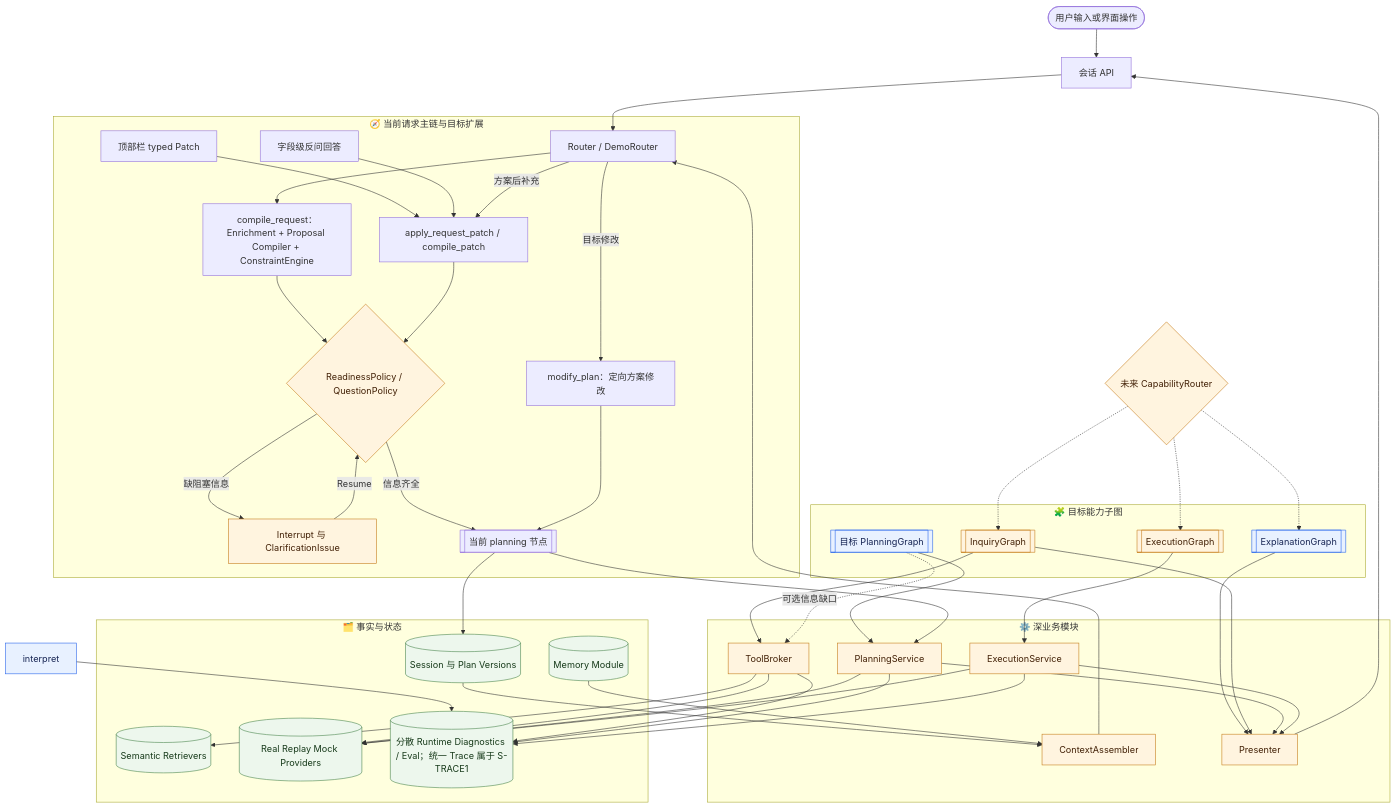
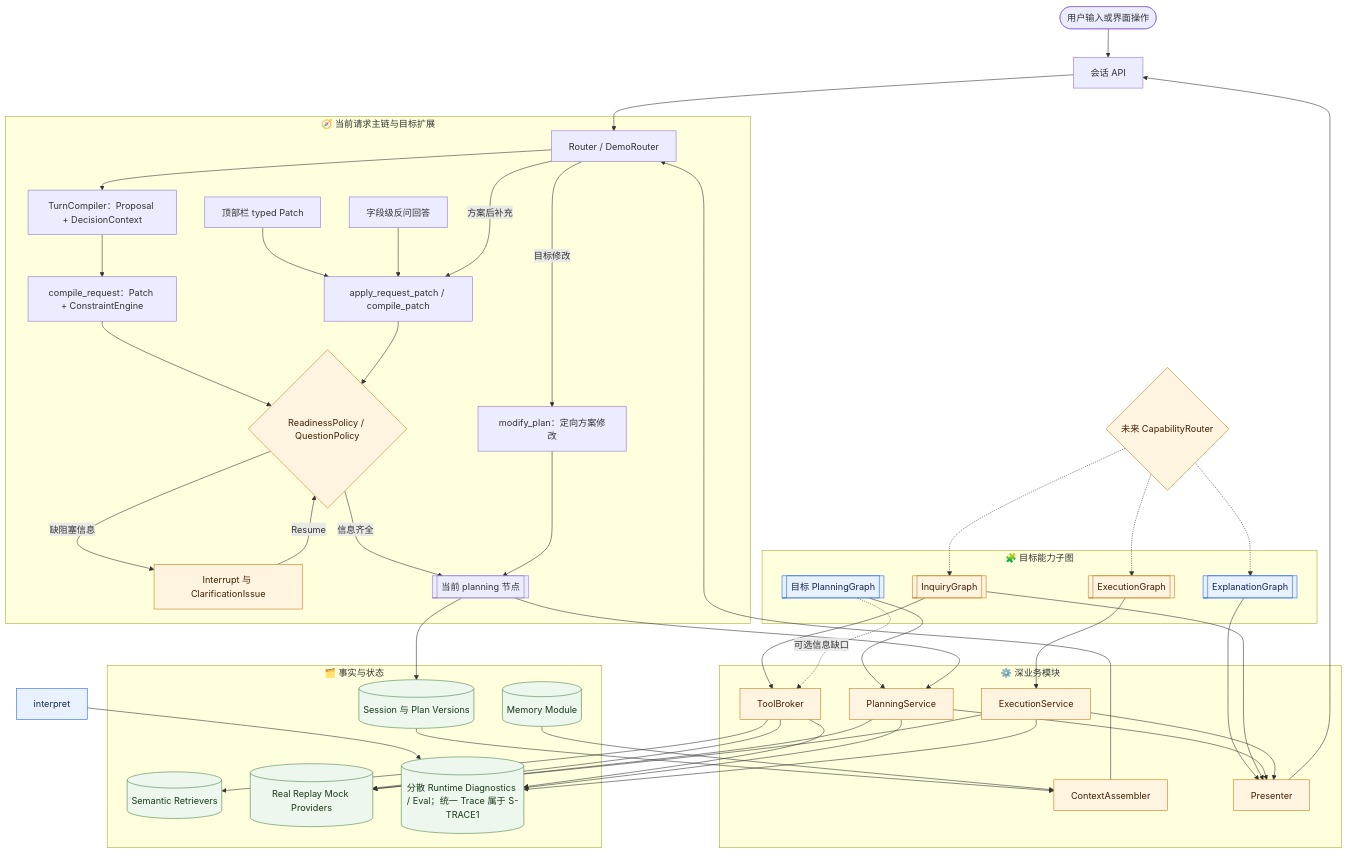
One commit to Weekend-Agent-Studio/happyFreeTime changed the first of 4 diagrams in docs/canonical/architecture_v2.md. Above: the diagram before and after it, drawn with Mermaid. The commit also changed other lines of this file and 17 other files, not shown here.

```diff
--- a/docs/canonical/architecture_v2.md
+++ b/docs/canonical/architecture_v2.md
@@ -129,7 +129,8 @@
 
     subgraph control_graph ["🧭 当前请求主链与目标扩展"]
         router[Router / DemoRouter]
-        compile[compile_request：Enrichment + Proposal Compiler + ConstraintEngine]
+        turn_compile[TurnCompiler：Proposal + DecisionContext]
+        compile[compile_request：Patch + ConstraintEngine]
         gate{ReadinessPolicy / QuestionPolicy}
         question[Interrupt 与 ClarificationIssue]
         current_planning[[当前 planning 节点]]
@@ -137,7 +138,7 @@
         reply[字段级反问回答]
         patch[apply_request_patch / compile_patch]
         modify[modify_plan：定向方案修改]
-        router --> compile --> gate
+        router --> turn_compile --> compile --> gate
         gate -->|缺阻塞信息| question
         question -->|Resume| gate
         gate -->|信息齐全| current_planning
```
